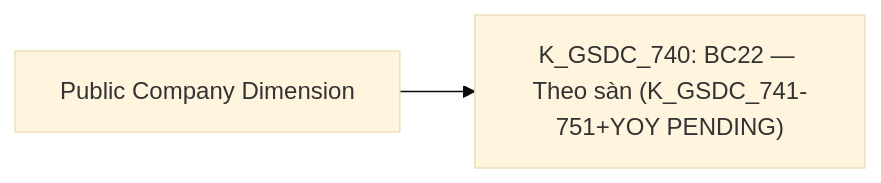
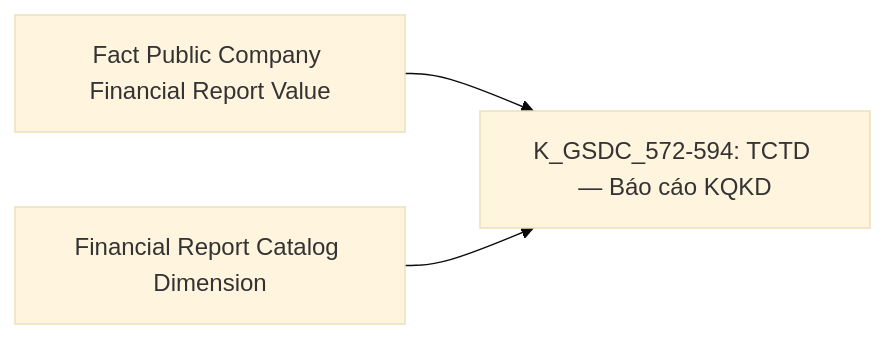
Before and after one commit to linhlvit/ubck_atomic_design: diagram 32 of 40 in Datamart/hld/DTM_GSDC_HLD.md, drawn with Mermaid (base theme). The commit also changed other lines of this file and 3 other files, not shown here.

````diff
--- a/Datamart/hld/DTM_GSDC_HLD.md
+++ b/Datamart/hld/DTM_GSDC_HLD.md
@@ -2246,4 +2048,5 @@
 ```mermaid
 flowchart LR
-    public_company_dim["Public Company Dimension"] --> R41["K_GSDC_740: BC22 — Theo sàn (K_GSDC_741-751+YOY PENDING)"]
+    fct_pc_fr_val_g28["Fact Public Company Financial Report Value"] --> R28["K_GSDC_572-594: TCTD — Báo cáo KQKD"]
+    financial_rpt_catalog_dim_g28["Financial Report Catalog Dimension"] --> R28
 ```
````
